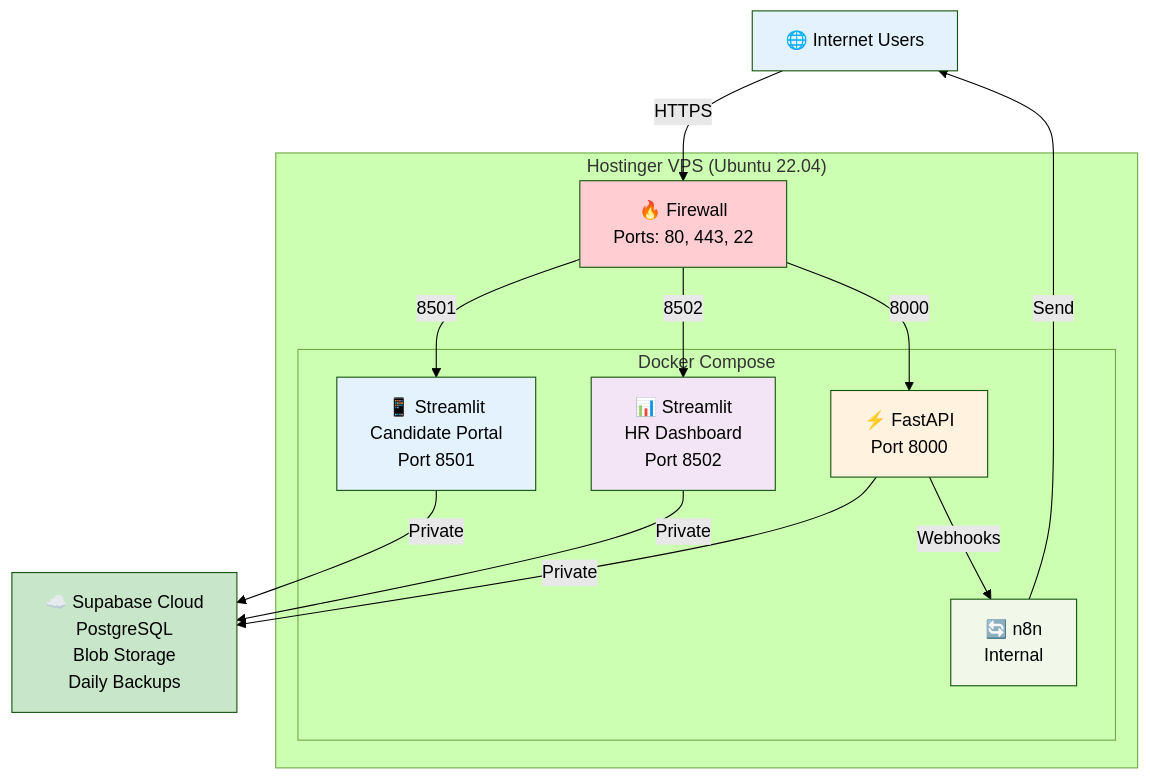
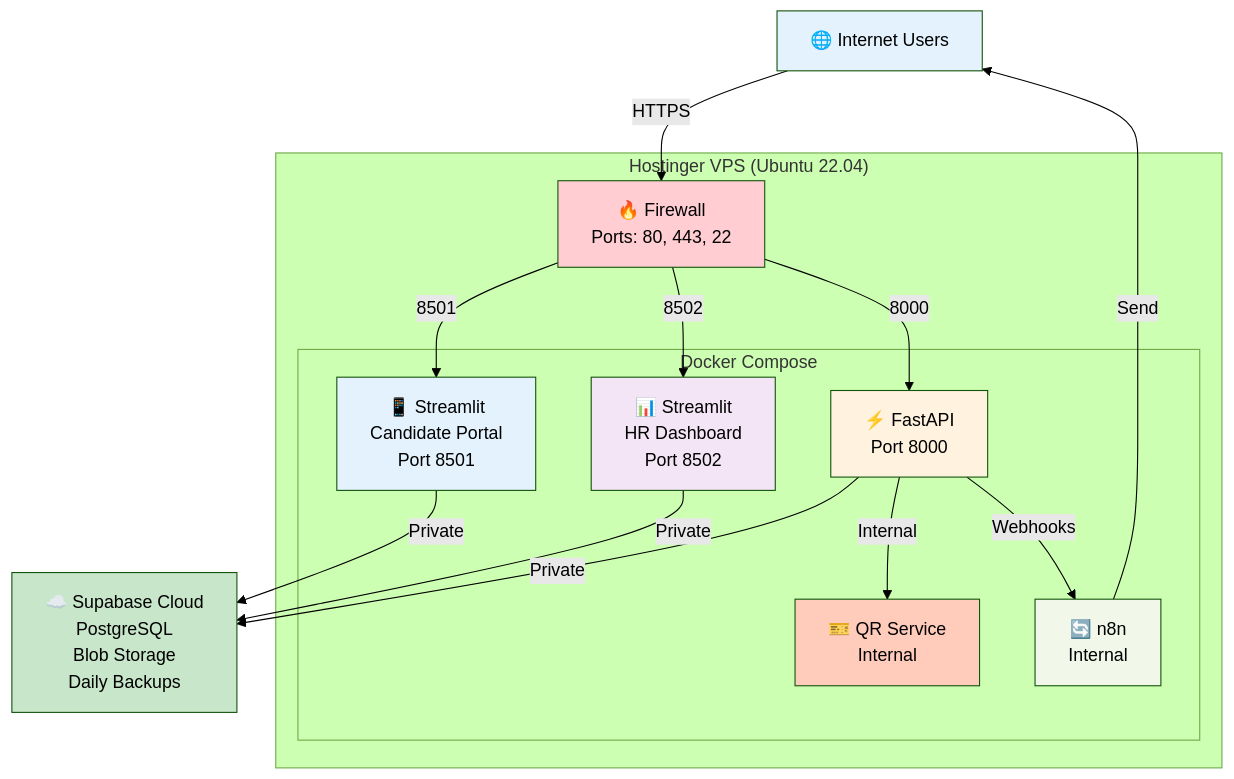
One commit to md-sahil-analyst22/test changed the tenth of 15 diagrams in HR_Onboarding_Agent.md. Above: the diagram before and after it, drawn with Mermaid (forest theme). The commit also changed other lines of this file, not shown here.

````diff
--- a/HR_Onboarding_Agent.md
+++ b/HR_Onboarding_Agent.md
@@ -713,35 +887,38 @@
 ```mermaid
 graph TB
     USERS["🌐 Internet Users"]
     
     subgraph "Hostinger VPS (Ubuntu 22.04)"
         FIREWALL["🔥 Firewall<br/>Ports: 80, 443, 22"]
         
         subgraph "Docker Compose"
             CP["📱 Streamlit<br/>Candidate Portal<br/>Port 8501"]
             HP["📊 Streamlit<br/>HR Dashboard<br/>Port 8502"]
             API["⚡ FastAPI<br/>Port 8000"]
+            QR["🎫 QR Service<br/>Internal"]
             N8N["🔄 n8n<br/>Internal"]
         end
     end
     
     SUPABASE["☁️ Supabase Cloud<br/>PostgreSQL<br/>Blob Storage<br/>Daily Backups"]
     
     USERS -->|HTTPS| FIREWALL
     FIREWALL -->|8501| CP
     FIREWALL -->|8502| HP
     FIREWALL -->|8000| API
     API -->|Private| SUPABASE
     CP -->|Private| SUPABASE
     HP -->|Private| SUPABASE
+    API -->|Internal| QR
     API -->|Webhooks| N8N
     N8N -->|Send| USERS
     
     style USERS fill:#e3f2fd
     style FIREWALL fill:#ffcdd2
     style CP fill:#e3f2fd
     style HP fill:#f3e5f5
     style API fill:#fff3e0
+    style QR fill:#ffccbc
     style N8N fill:#f1f8e9
     style SUPABASE fill:#c8e6c9
 ```
````
